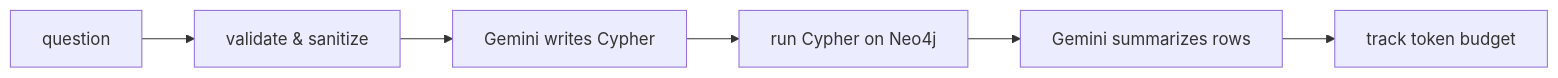
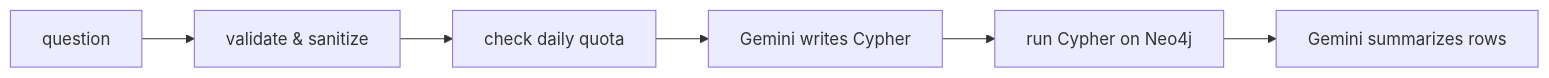
The third of 3 diagrams in docs/Flow.md (AbdullahYousaf-13/Hybrid-Vector-Graph-Rag), drawn with Mermaid before and after one commit. The commit also changed other lines of this file and 5 other files, not shown here.

First line of the commit message:
Replace token-budget guardrail with real daily quota tracker

````diff
--- a/docs/Flow.md
+++ b/docs/Flow.md
@@ -103,8 +103,8 @@
 ```mermaid
 flowchart LR
     Q[question] --> V[validate & sanitize]
-    V --> C[Gemini writes Cypher]
+    V --> D[check daily quota]
+    D --> C[Gemini writes Cypher]
     C --> R[run Cypher on Neo4j]
     R --> A[Gemini summarizes rows]
-    A --> B[track token budget]
 ```
````
